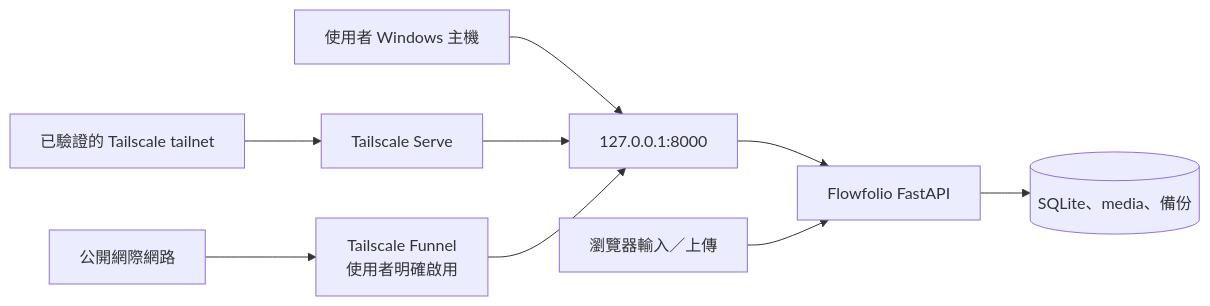
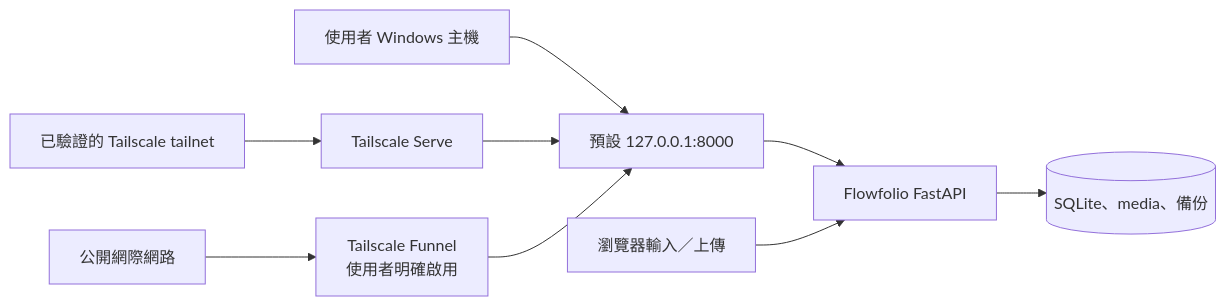
One commit to jlin53882/Flowfolio changed the diagram in docs/security.md. Above: the diagram before and after it, drawn with Mermaid. The commit also changed other lines of this file and 21 other files, not shown here.

Commit message:
整合 Flowfolio 環境設定與安全 webhook 通知

````diff
--- a/docs/security.md
+++ b/docs/security.md
@@ -5,11 +5,11 @@
 ```mermaid
 flowchart LR
-    Device[使用者 Windows 主機] --> Loopback[127.0.0.1:8000]
+    Device[使用者 Windows 主機] --> Loopback[預設 127.0.0.1:8000]
     Loopback --> App[Flowfolio FastAPI]
     App --> PrivateData[(SQLite、media、備份)]
     Tailnet[已驗證的 Tailscale tailnet] --> Serve[Tailscale Serve]
     Serve --> Loopback
     Internet[公開網際網路] --> Funnel[Tailscale Funnel\n使用者明確啟用]
     Funnel --> Loopback
     Browser[瀏覽器輸入／上傳] --> App
 ```
````
